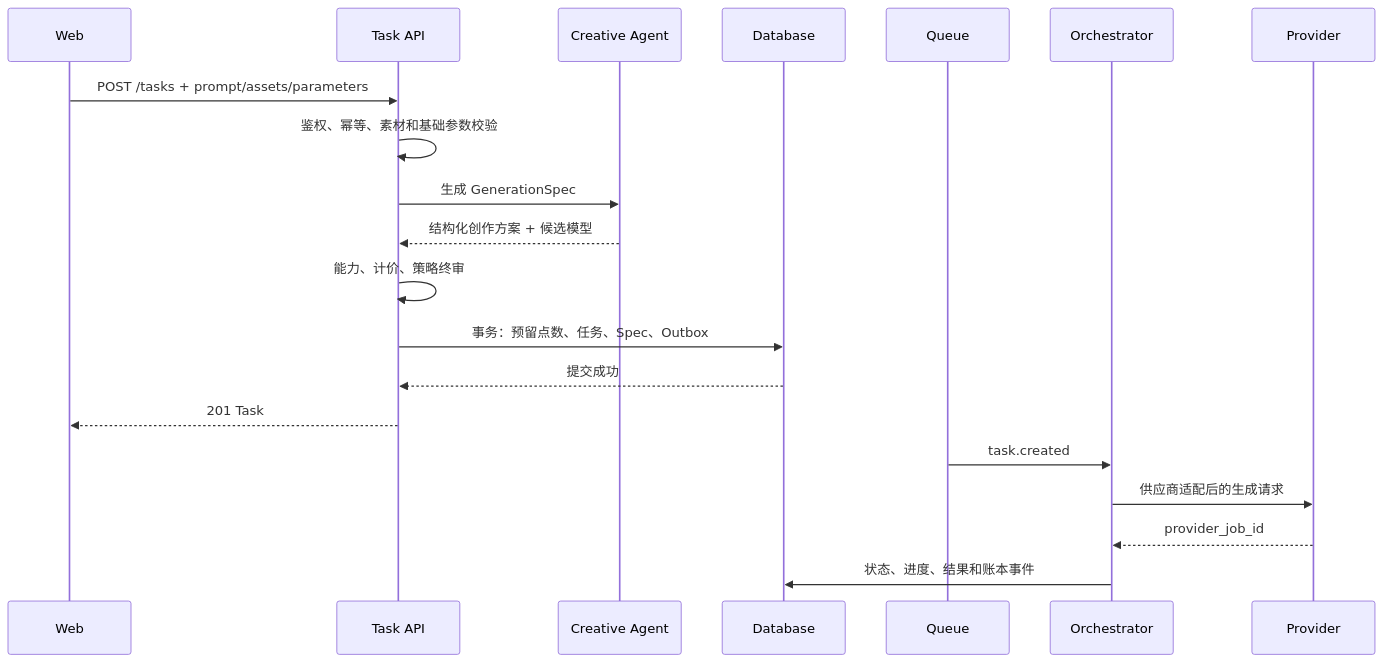
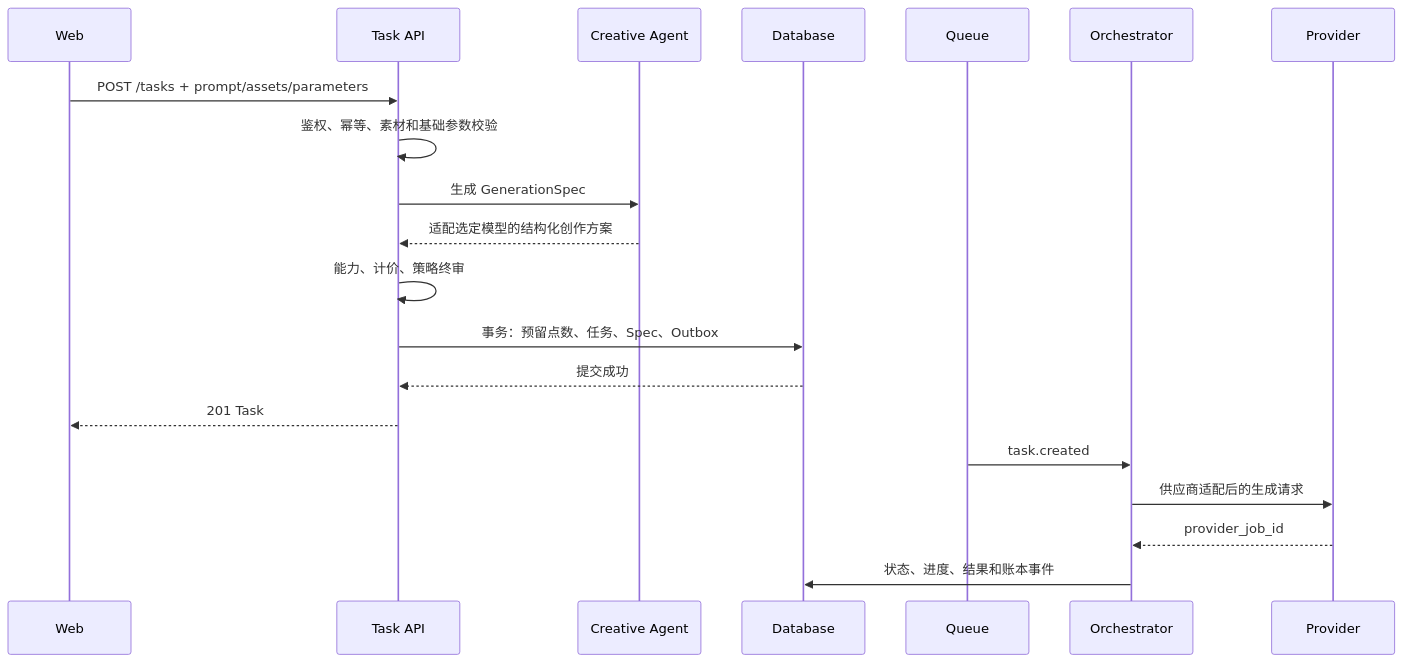
Before and after one commit to 674404224-eng/hgm: the second of 2 diagrams in docs/AGENT_ORCHESTRATION_BACKEND_DESIGN.md, drawn with Mermaid. The commit also changed other lines of this file, not shown here.

````diff
--- a/docs/AGENT_ORCHESTRATION_BACKEND_DESIGN.md
+++ b/docs/AGENT_ORCHESTRATION_BACKEND_DESIGN.md
@@ -77,22 +77,22 @@
 ```mermaid
 sequenceDiagram
   participant W as Web
   participant A as Task API
   participant C as Creative Agent
   participant D as Database
   participant Q as Queue
   participant O as Orchestrator
   participant P as Provider
   W->>A: POST /tasks + prompt/assets/parameters
   A->>A: 鉴权、幂等、素材和基础参数校验
   A->>C: 生成 GenerationSpec
-  C-->>A: 结构化创作方案 + 候选模型
+  C-->>A: 适配选定模型的结构化创作方案
   A->>A: 能力、计价、策略终审
   A->>D: 事务：预留点数、任务、Spec、Outbox
   D-->>A: 提交成功
   A-->>W: 201 Task
   Q->>O: task.created
   O->>P: 供应商适配后的生成请求
   P-->>O: provider_job_id
   O->>D: 状态、进度、结果和账本事件
 ```
````
